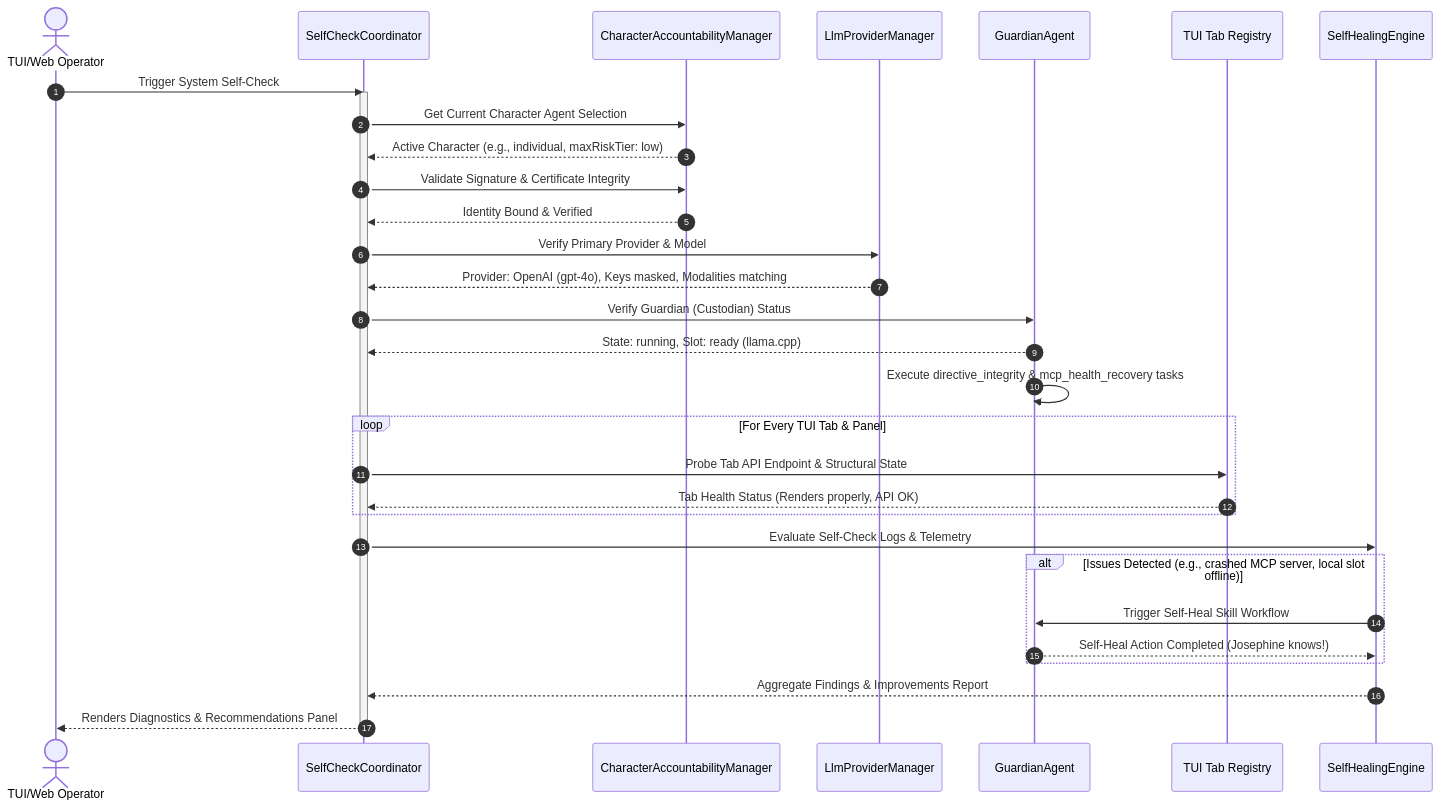
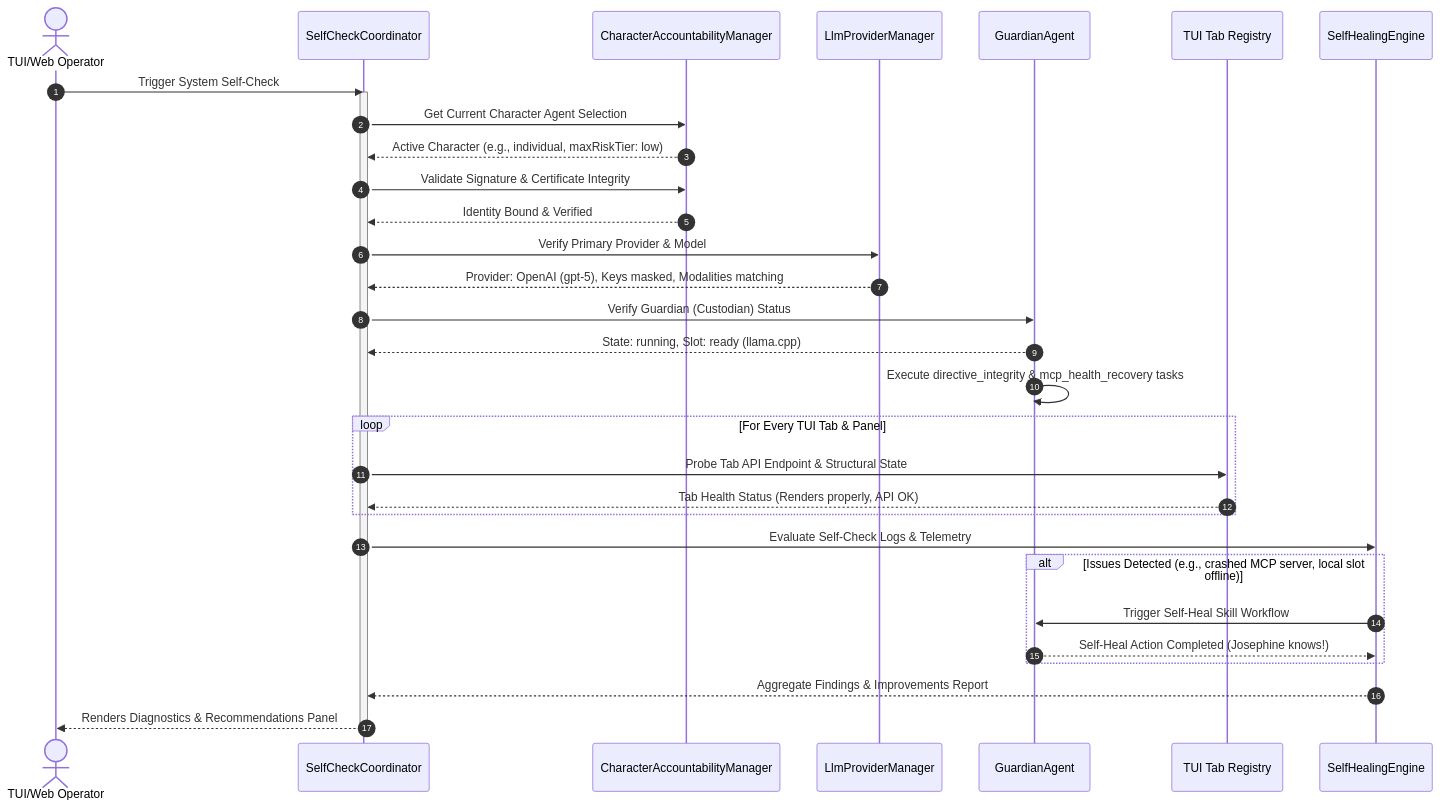
One commit to kirklasalle/Prism changed the diagram in docs/tui_self_check_implementation_plan.md. Above: the diagram before and after it, drawn with Mermaid. The commit also changed other lines of this file and 90 other files, not shown here.

````diff
--- a/docs/tui_self_check_implementation_plan.md
+++ b/docs/tui_self_check_implementation_plan.md
@@ -23,40 +23,40 @@
 ```mermaid
 sequenceDiagram
     autonumber
     actor User as TUI/Web Operator
     participant SC as SelfCheckCoordinator
     participant CAC as CharacterAccountabilityManager
     participant LLM as LlmProviderManager
     participant GUA as GuardianAgent
     participant TUI as TUI Tab Registry
     participant HEAL as SelfHealingEngine
 
     User->>SC: Trigger System Self-Check
     activate SC
     SC->>CAC: Get Current Character Agent Selection
     CAC-->>SC: Active Character (e.g., individual, maxRiskTier: low)
     SC->>CAC: Validate Signature & Certificate Integrity
     CAC-->>SC: Identity Bound & Verified
 
     SC->>LLM: Verify Primary Provider & Model
-    LLM-->>SC: Provider: OpenAI (gpt-4o), Keys masked, Modalities matching
+    LLM-->>SC: Provider: OpenAI (gpt-5), Keys masked, Modalities matching
 
     SC->>GUA: Verify Guardian (Custodian) Status
     GUA-->>SC: State: running, Slot: ready (llama.cpp)
     GUA->>GUA: Execute directive_integrity & mcp_health_recovery tasks
 
     loop For Every TUI Tab & Panel
         SC->>TUI: Probe Tab API Endpoint & Structural State
         TUI-->>SC: Tab Health Status (Renders properly, API OK)
     end
 
     SC->>HEAL: Evaluate Self-Check Logs & Telemetry
     alt Issues Detected (e.g., crashed MCP server, local slot offline)
         HEAL->>GUA: Trigger Self-Heal Skill Workflow
         GUA-->>HEAL: Self-Heal Action Completed (Josephine knows!)
     end
 
     HEAL-->>SC: Aggregate Findings & Improvements Report
     SC-->>User: Renders Diagnostics & Recommendations Panel
     deactivate SC
 ```
````
